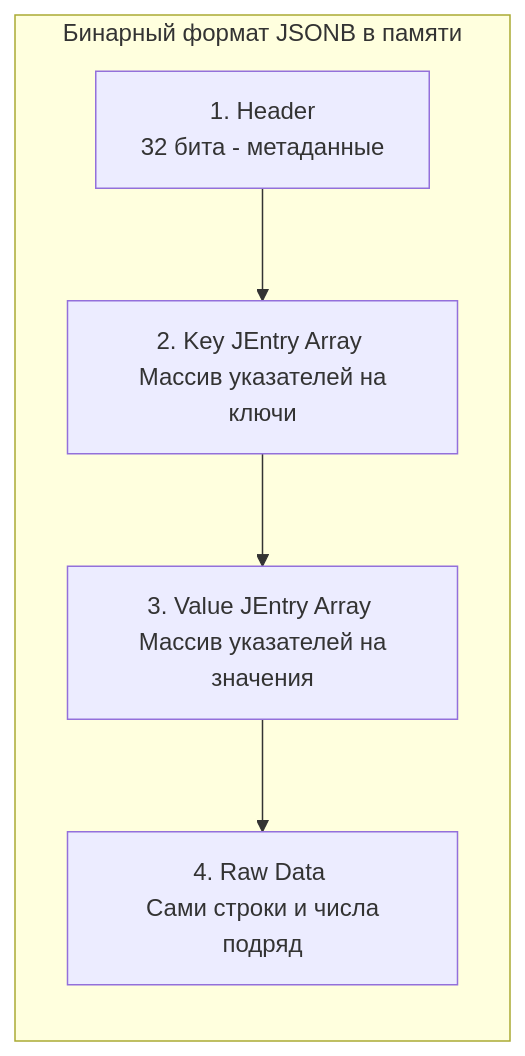
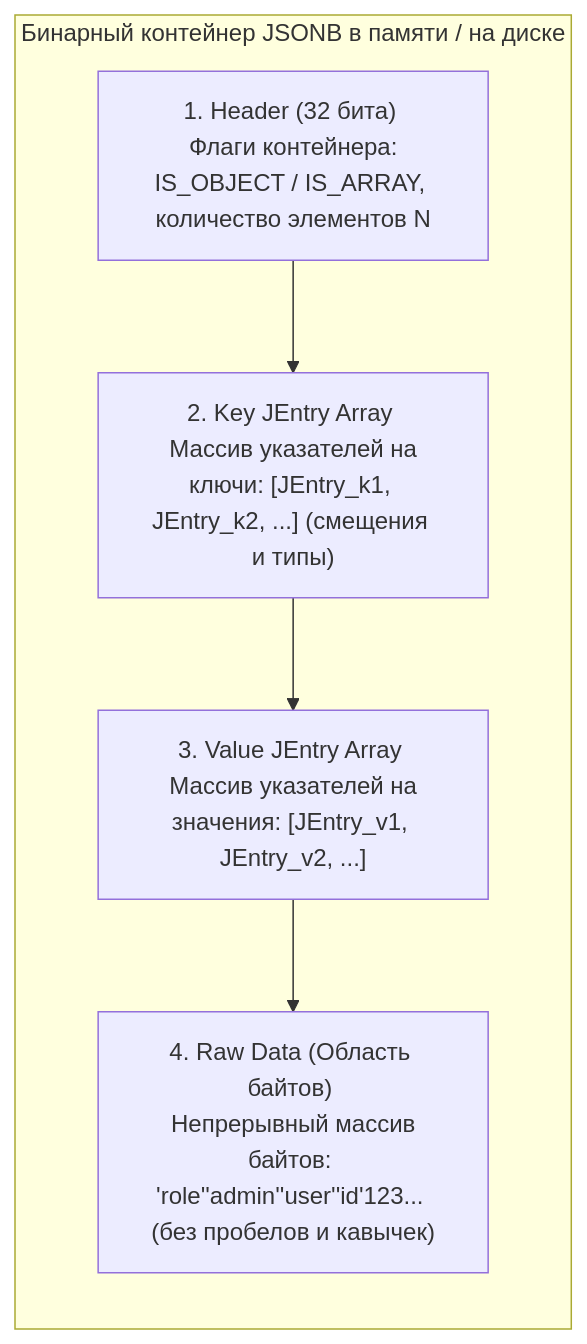
One commit to UnrealTemplier/go-textbook changed the diagram in sources/12. Базы данных/06. PostgreSQL/5. JSONB и работа с JSON.md. Above: the diagram before and after it, drawn with Mermaid. The commit also changed other lines of this file, not shown here.

````diff
--- a/sources/12. Базы данных/06. PostgreSQL/5. JSONB и работа с JSON.md
+++ b/sources/12. Базы данных/06. PostgreSQL/5. JSONB и работа с JSON.md
@@ -31,14 +33,14 @@
 ```mermaid
 flowchart TD
-    subgraph "Бинарный формат JSONB в памяти"
+    subgraph JSONBMem ["Бинарный контейнер JSONB в памяти / на диске"]
         direction TB
-        H["1. Header <br> 32 бита - метаданные"]
-        KA["2. Key JEntry Array <br> Массив указателей на ключи"]
-        VA["3. Value JEntry Array <br> Массив указателей на значения"]
-        DATA["4. Raw Data <br> Сами строки и числа подряд"]
+        H["1. Header (32 бита) <br> Флаги контейнера: IS_OBJECT / IS_ARRAY, количество элементов N"]
+        KA["2. Key JEntry Array <br> Массив указателей на ключи: [JEntry_k1, JEntry_k2, ...] (смещения и типы)"]
+        VA["3. Value JEntry Array <br> Массив указателей на значения: [JEntry_v1, JEntry_v2, ...]"]
+        DATA["4. Raw Data (Область байтов) <br> Непрерывный массив байтов: 'role''admin''user''id'123... (без пробелов и кавычек)"]
         
         H --> KA
         KA --> VA
         VA --> DATA
     end
 ```
````
